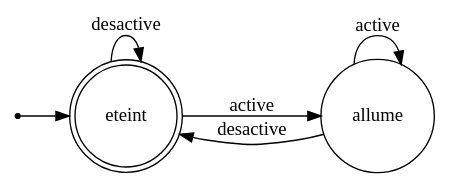
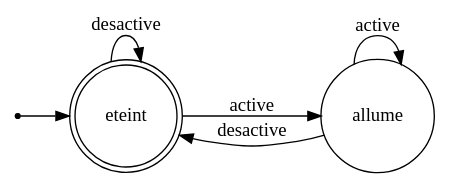
Before and after one commit to mineosx29/wasm-as-ensta: the diagram in Compilator/code.gv, drawn with Graphviz. The commit also changed other lines of this file and 4 other files, not shown here.

```diff
--- a/Compilator/code.gv
+++ b/Compilator/code.gv
@@ -1,13 +1,13 @@
 digraph automate{
 rankdir=LR;
 size="8,5"
 node [shape = doublecircle];eteint;
 node [shape = point ]; qi
 node [shape = circle];
 qi -> eteint;
 node [shape = circle];allume;
+eteint -> allume [ label = "active"];
+eteint -> eteint [ label = "desactive"];
 allume -> allume [ label = "active"];
 allume -> eteint [ label = "desactive"];
-eteint -> allume [ label = "active"];
-eteint -> eteint [ label = "desactive"];
 }
```
